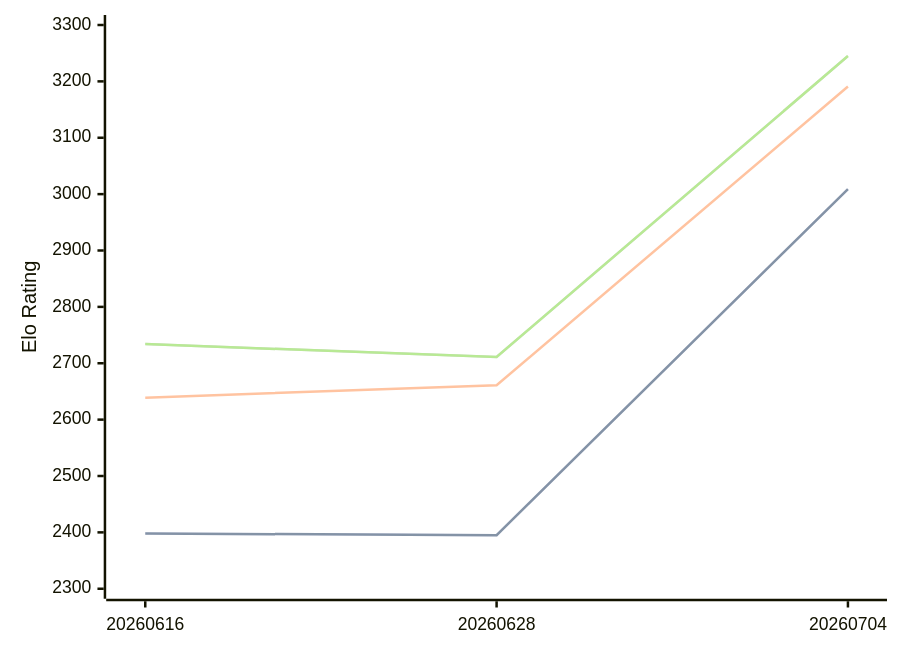
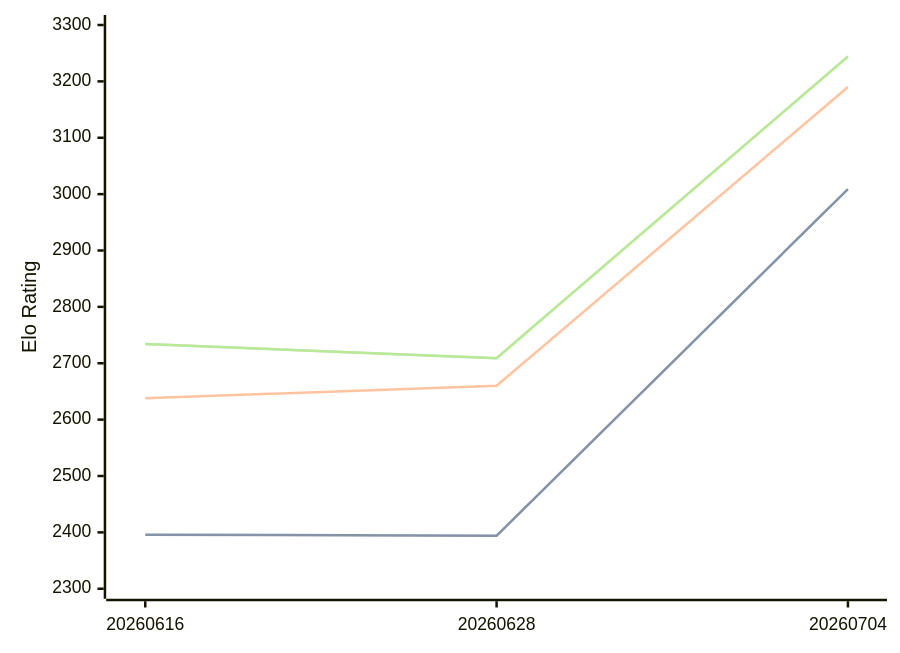
Before and after one commit to computer-chess-index/cci: the diagram in engines/Askaig.md, drawn with Mermaid. The commit also changed other lines of this file, not shown here.

Commit message:
Update CCI Ratings (ELO VLTC) - 2026-08-04

````diff
--- a/engines/Askaig.md
+++ b/engines/Askaig.md
@@ -35,11 +35,11 @@
 ```mermaid
 %%{init: {"theme":"base","themeVariables":{"seriesColors:['#a3a3a3','#222221','#faa371']}}}%%
 xychart-beta
   x-axis ["20260616", "20260628", "20260704"]
   y-axis "Elo Rating" 2300 --> 3300
-  line "STC (8.0+0.08s)" [2398, 2395, 3009]
-  line "STC (8.0+0.08s)" [2398, 2395, 3009]
-  line "LTC (60.0+0.60s)" [2639, 2661, 3191]
-  line "VLTC (2m24s+1.12s)" [2734, 2711, 3245]
-  line "VLTC (2m24s+1.12s)" [2734, 2711, 3245]
+  line "STC (8.0+0.08s)" [2396, 2394, 3009]
+  line "STC (8.0+0.08s)" [2396, 2394, 3009]
+  line "LTC (60.0+0.60s)" [2638, 2660, 3190]
+  line "VLTC (2m24s+1.12s)" [2734, 2709, 3244]
+  line "VLTC (2m24s+1.12s)" [2734, 2709, 3244]
 ```
````
